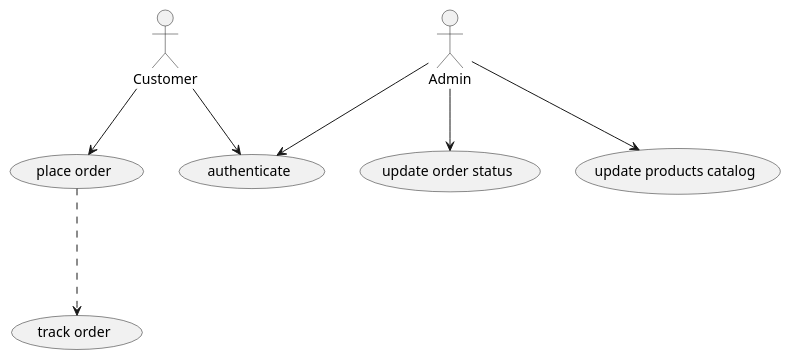
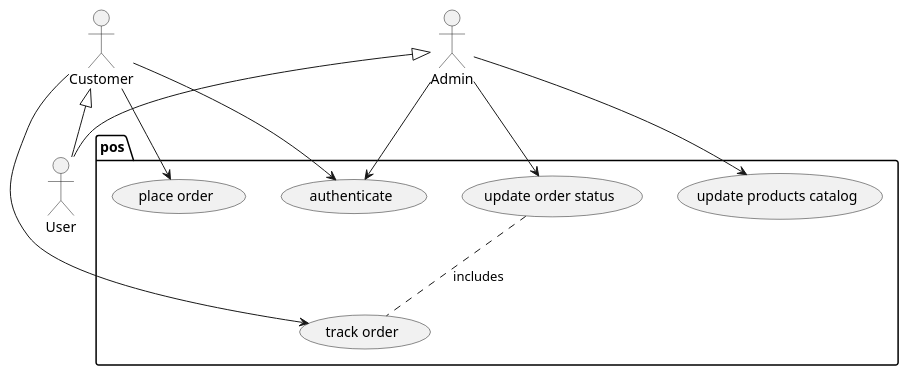
Before and after one commit to treamy1/order_management_system: the diagram in uml/use_case.wsd, drawn with PlantUML. The commit also changed other lines of this file, not shown here.

Commit message:
Updated Use-Case Diagram

```diff
--- a/uml/use_case.wsd
+++ b/uml/use_case.wsd
@@ -1,11 +1,19 @@
 @startuml Use-Case Diagram
+:User:
+:Customer:
+:Admin:
 
-:Customer: --> (authenticate)
-:Customer: --> (place order)
-(place order) -..> (track order)
+Admin <|-- User
+Customer <|-- User
 
-:Admin: --> (authenticate)
-:Admin: --> (update order status)
-:Admin: --> (update products catalog)
+package pos{
+Customer --> (authenticate)
+Customer --> (place order)
+Customer --> (track order)
 
+Admin --> (authenticate)
+Admin --> (update order status)
+(update order status) .. (track order) : includes
+Admin --> (update products catalog)
+}
 @enduml
```
